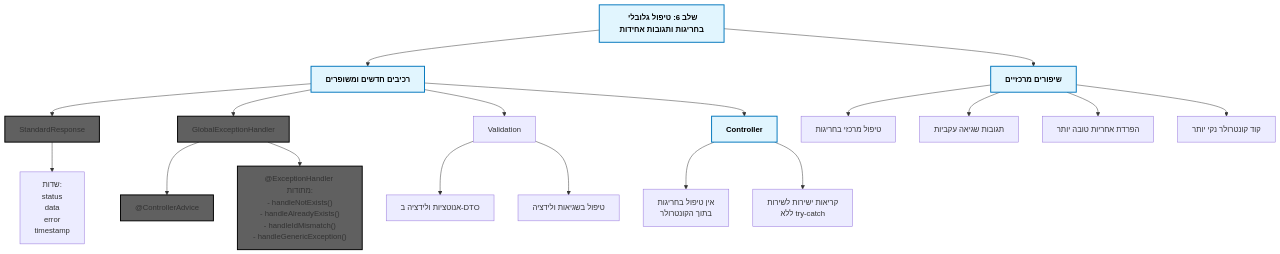
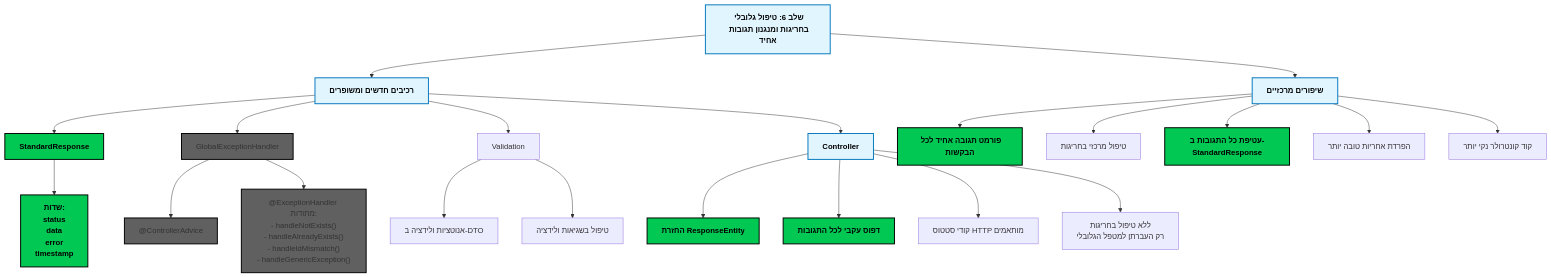
Before and after one commit to EliGuriel/Course_Meeting1: the sixth of 6 diagrams in Stages_00.md, drawn with Mermaid. The commit also changed other lines of this file and 32 other files, not shown here.

````diff
--- a/Stages_00.md
+++ b/Stages_00.md
@@ -196,30 +196,35 @@
 ```mermaid
 flowchart TD
-    Stage6["שלב 6: טיפול גלובלי בחריגות ותגובות אחידות"] --> Components["רכיבים חדשים ומשופרים"]
+    Stage6["שלב 6: טיפול גלובלי בחריגות ומנגנון תגובות אחיד"] --> Components["רכיבים חדשים ומשופרים"]
     
     Components --> StandardResponse["StandardResponse"]
     StandardResponse --> ResponseFields["שדות:<br>status<br>data<br>error<br>timestamp"]
     
     Components --> ExceptionHandler["GlobalExceptionHandler"]
     ExceptionHandler --> ControllerAdvice["@ControllerAdvice"]
     ExceptionHandler --> ExHandlerMethods["@ExceptionHandler מתודות:<br>- handleNotExists()<br>- handleAlreadyExists()<br>- handleIdMismatch()<br>- handleGenericException()"]
     
     Components --> Validation["Validation"]
     Validation --> DTOValidation["אנוטציות ולידציה ב-DTO"]
     Validation --> ValidationHandler["טיפול בשגיאות ולידציה"]
     
     Components --> Controller["Controller"]
-    Controller --> CleanController["אין טיפול בחריגות<br>בתוך הקונטרולר"]
-    Controller --> ServiceCalls["קריאות ישירות לשירות<br>ללא try-catch"]
+    Controller --> UnifiedResponses["החזרת ResponseEntity<StandardResponse>"]
+    Controller --> ConsistentPattern["דפוס עקבי לכל התגובות"]
+    Controller --> StatusCodes["קודי סטטוס HTTP מותאמים"]
+    Controller --> NoErrorHandling["ללא טיפול בחריגות<br>רק העברתן למטפל הגלובלי"]
     
     Stage6 --> Features["שיפורים מרכזיים"]
+    Features --> UnifiedResponseFormat["פורמט תגובה אחיד לכל הבקשות"]
     Features --> CentralizedHandling["טיפול מרכזי בחריגות"]
-    Features --> ConsistentResponses["תגובות שגיאה עקביות"]
+    Features --> StandardResponseObj["עטיפת כל התגובות ב-StandardResponse"]
     Features --> SeparationOfConcerns["הפרדת אחריות טובה יותר"]
     Features --> CleanerCode["קוד קונטרולר נקי יותר"]
     
     classDef highlight fill:#e1f5fe,stroke:#0277bd,stroke-width:2px,color:#000000,font-weight:bold
-    classDef adviceHighlight fill:#606060,stroke:#000000,stroke-width:2px
+    classDef responseHighlight fill:#606060,stroke:#000000,stroke-width:2px
+    classDef standardResponse fill:#00C853,stroke:#000000,stroke-width:2px,color:#000000,font-weight:bold
     class Stage6,Components,Controller,Features highlight
-    class ExceptionHandler,ControllerAdvice,ExHandlerMethods,StandardResponse adviceHighlight
+    class ExceptionHandler,ControllerAdvice,ExHandlerMethods responseHighlight
+    class StandardResponse,ResponseFields,UnifiedResponses,ConsistentPattern,UnifiedResponseFormat,StandardResponseObj standardResponse
 ```
````
